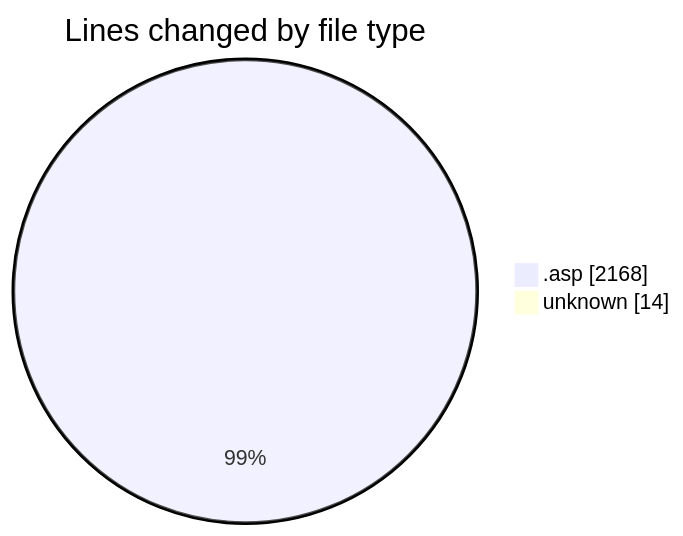
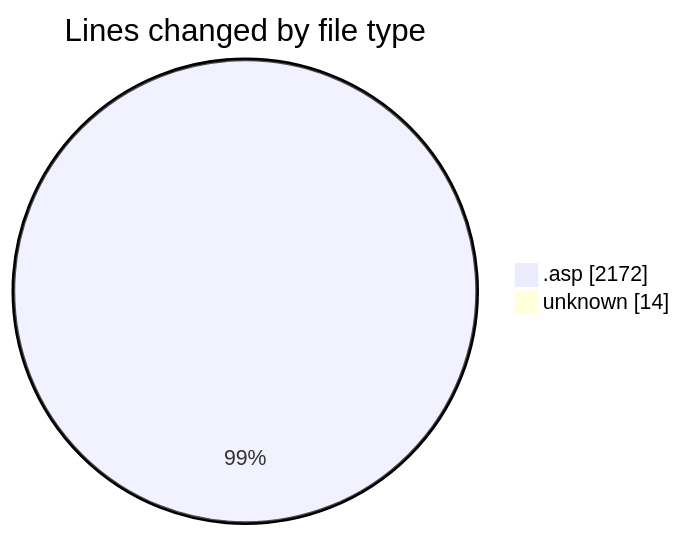
Before and after one commit to julien-gomy/code-tracking: the first of 2 diagrams in 2025-10-28/usr_aleoudev_fr__workspace_/README.md, drawn with Mermaid. The commit also changed other lines of this file and 1 other file, not shown here.

````diff
--- a/2025-10-28/usr_aleoudev_fr__workspace_/README.md
+++ b/2025-10-28/usr_aleoudev_fr__workspace_/README.md
@@ -28,6 +28,6 @@
 ```mermaid
 pie showData
 title Lines changed by file type
-".asp" : 2168
+".asp" : 2172
 "unknown" : 14
 ```
````
